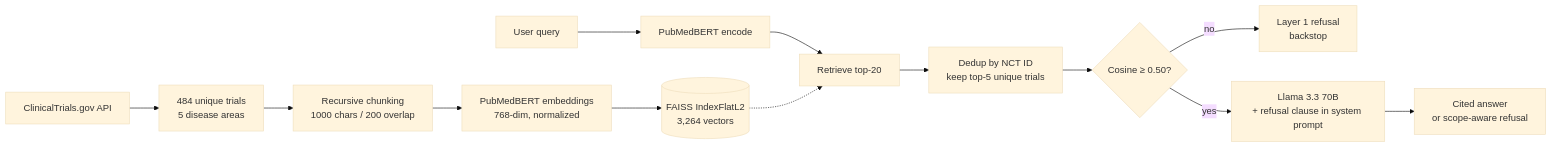
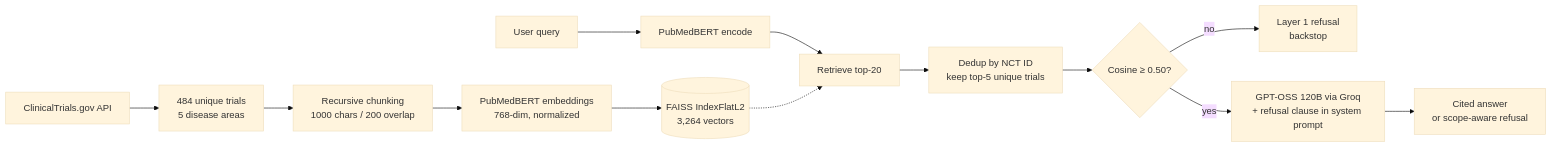
Before and after one commit to Shrikant-Sharma/clinical-trial-rag: the second of 4 diagrams in README.md, drawn with Mermaid (base theme). The commit also changed other lines of this file and 3 other files, not shown here.

First line of the commit message:
fix: migrate generator to openai/gpt-oss-120b after Groq decommissioned llama-3.3-70b-versatile

````diff
--- a/README.md
+++ b/README.md
@@ -83,16 +83,16 @@
 ```mermaid
 flowchart LR
     A[ClinicalTrials.gov API] --> B[484 unique trials<br/>5 disease areas]
     B --> C[Recursive chunking<br/>1000 chars / 200 overlap]
     C --> D[PubMedBERT embeddings<br/>768-dim, normalized]
     D --> E[(FAISS IndexFlatL2<br/>3,264 vectors)]
 
     Q[User query] --> QE[PubMedBERT encode]
     QE --> R[Retrieve top-20]
     E -.-> R
     R --> DD[Dedup by NCT ID<br/>keep top-5 unique trials]
     DD --> L1{Cosine ≥ 0.50?}
     L1 -->|no| REF1[Layer 1 refusal<br/>backstop]
-    L1 -->|yes| L2[Llama 3.3 70B<br/>+ refusal clause in system prompt]
+    L1 -->|yes| L2[GPT-OSS 120B via Groq<br/>+ refusal clause in system prompt]
     L2 --> OUT[Cited answer<br/>or scope-aware refusal]
 ```
````
